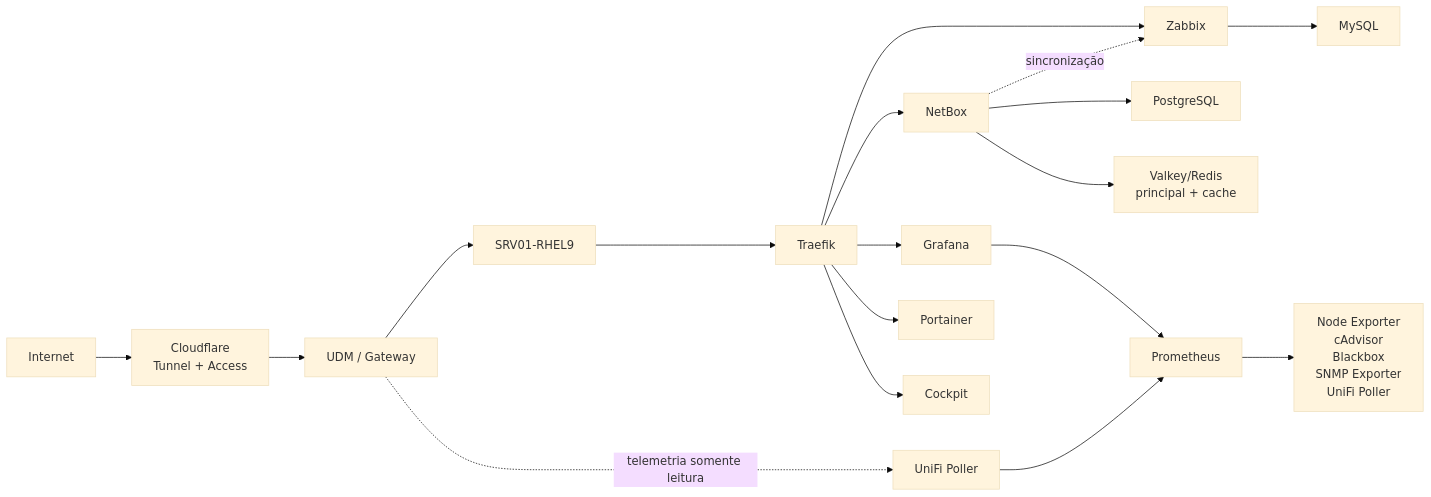
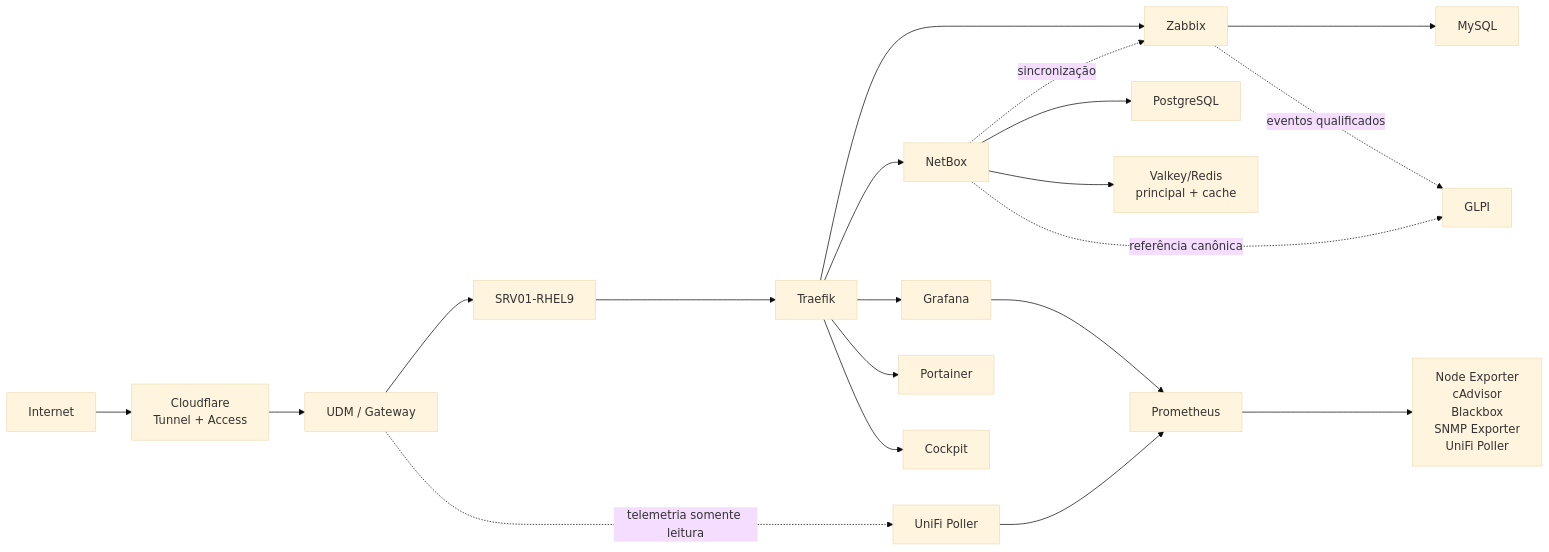
One commit to marcosantoniotic/infrastructure-operations-platform changed the diagram in README.md. Above: the diagram before and after it, drawn with Mermaid (base theme). The commit also changed other lines of this file and 3 other files, not shown here.

````diff
--- a/README.md
+++ b/README.md
@@ -73,24 +75,26 @@
 ```mermaid
 flowchart LR
     Internet["Internet"] --> Edge["Cloudflare<br/>Tunnel + Access"]
     Edge --> Gateway["UDM / Gateway"]
     Gateway --> Host["SRV01-RHEL9"]
     Host --> Proxy["Traefik"]
 
     Proxy --> Zabbix["Zabbix"]
     Zabbix --> ZabbixDB["MySQL"]
 
     Proxy --> NetBox["NetBox"]
     NetBox --> PostgreSQL["PostgreSQL"]
     NetBox --> Redis["Valkey/Redis<br/>principal + cache"]
 
     Proxy --> Grafana["Grafana"]
     Grafana --> Prometheus["Prometheus"]
     Prometheus --> Exporters["Node Exporter<br/>cAdvisor<br/>Blackbox<br/>SNMP Exporter<br/>UniFi Poller"]
     Gateway -. "telemetria somente leitura" .-> UniFiPoller["UniFi Poller"]
     UniFiPoller --> Prometheus
 
     Proxy --> Portainer["Portainer"]
     Proxy --> Cockpit["Cockpit"]
     NetBox -. "sincronização" .-> Zabbix
+    Zabbix -. "eventos qualificados" .-> GLPI["GLPI"]
+    NetBox -. "referência canônica" .-> GLPI
 ```
````
